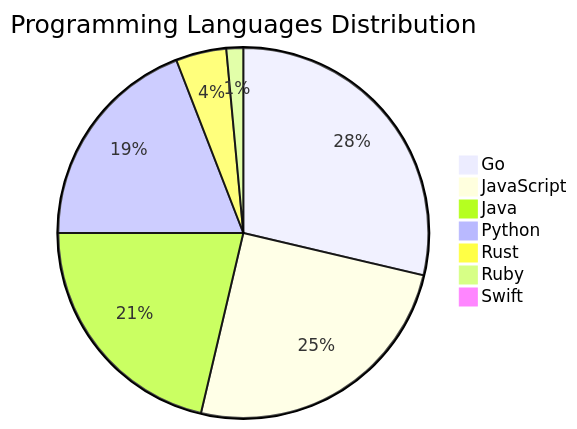
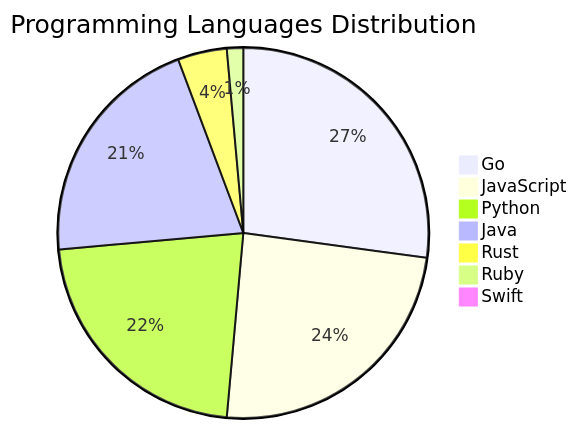
The diagram in README.md (Derrick-MUGISHA/github-activity-bot), drawn with Mermaid before and after one commit. The commit also changed other lines of this file and 4 other files, not shown here.

````diff
--- a/README.md
+++ b/README.md
@@ -207,10 +207,10 @@
 ```mermaid
 pie title Programming Languages Distribution
-    "Go" : 39
+    "Go" : 38
     "JavaScript" : 34
+    "Python" : 31
     "Java" : 29
-    "Python" : 26
     "Rust" : 6
     "Ruby" : 2
     "Swift" : 1
 ```
````
